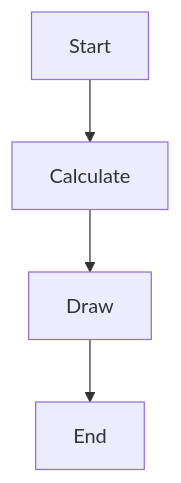
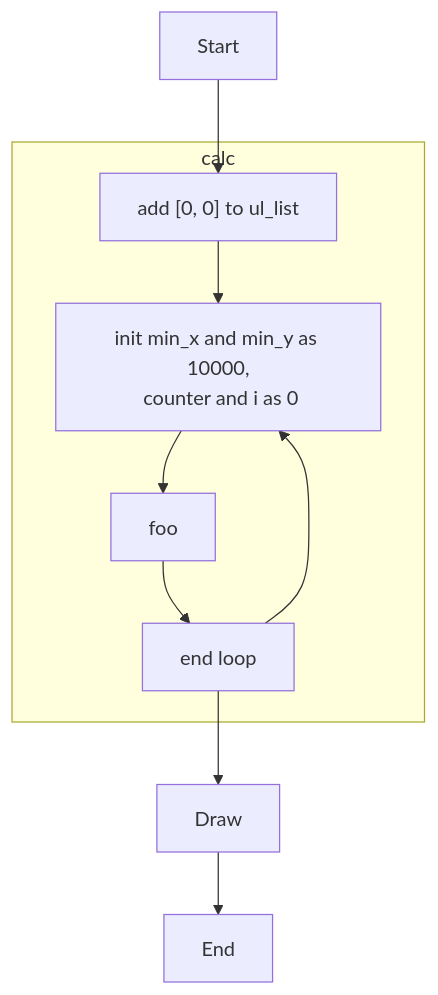
The diagram in README.md (kyhs/mosaidom), drawn with Mermaid before and after one commit.

````diff
--- a/README.md
+++ b/README.md
@@ -3,6 +3,13 @@
 ```mermaid
 graph TB
-  Start[Start] --> Calc[Calculate]
-  Calc --> Draw[Draw]
+  Start[Start] --> CalcInit["add [0, 0] to ul_list"]
+  subgraph calc
+    CalcInit --> LoopInit[init min_x and min_y as 10000,<br> counter and i as 0]
+    LoopInit --> foo
+    foo --> EndLoop
+    EndLoop[end loop] --> LoopInit
+    end
+  EndLoop --> Draw
+
   Draw --> End[End]
 ```
````
